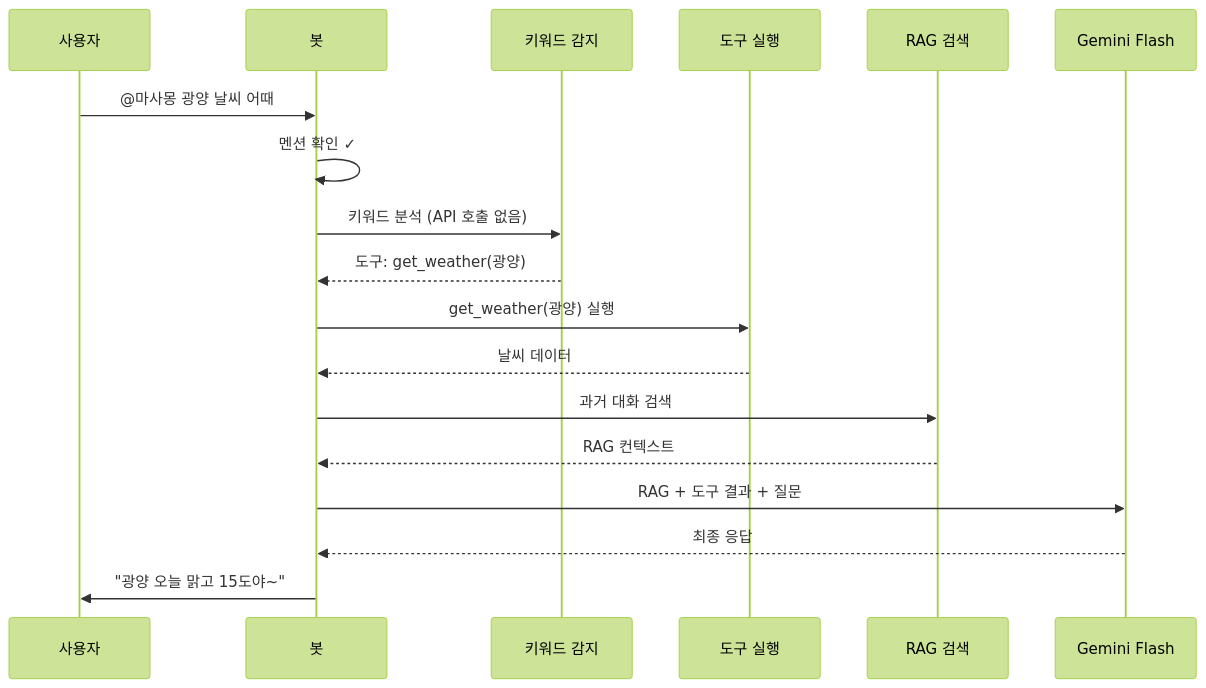
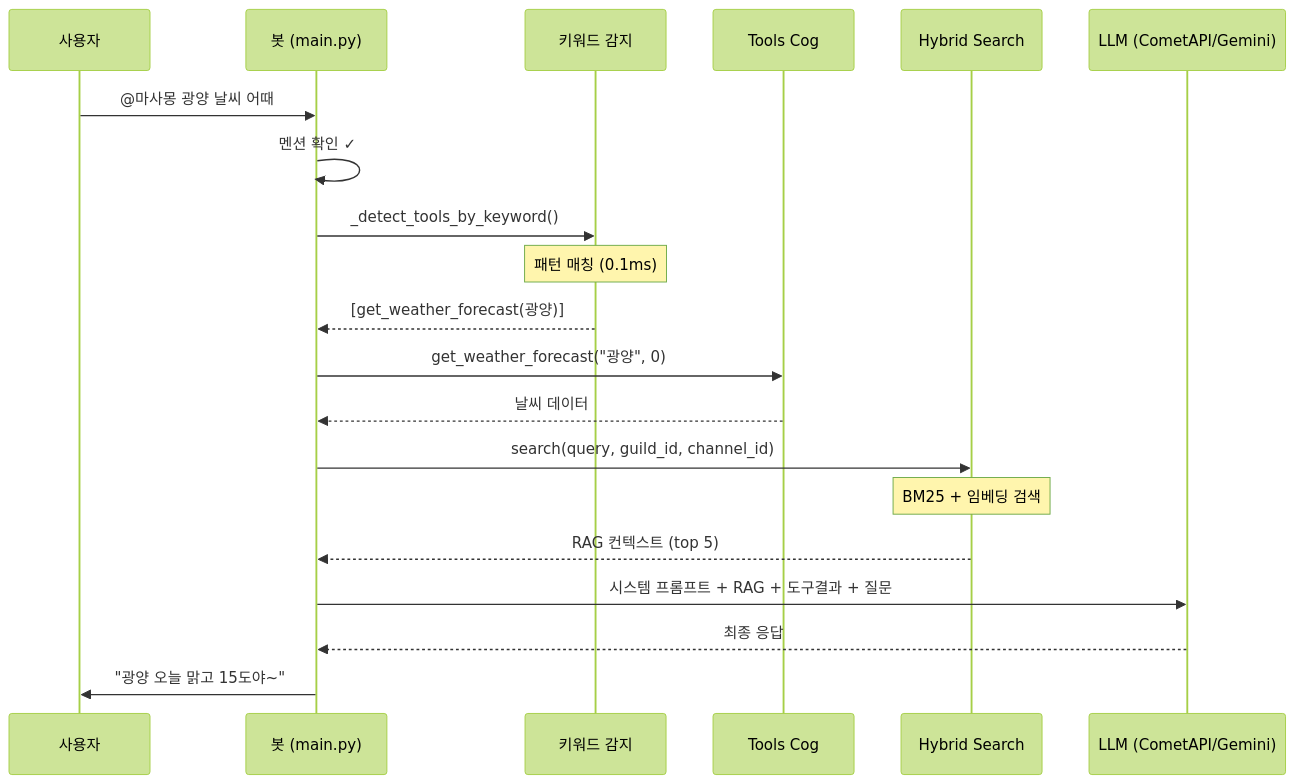
One commit to kim0040/masamong changed the second of 5 diagrams in README.md. Above: the diagram before and after it, drawn with Mermaid (forest theme). The commit also changed other lines of this file, not shown here.

First line of the commit message:
docs: README 문서 전면 개편 - CometAPI, BM25 하이브리드 검색, E5 임베딩 상세 설명 추가

````diff
--- a/README.md
+++ b/README.md
@@ -98,21 +94,26 @@
 ```mermaid
 sequenceDiagram
     participant U as 사용자
-    participant B as 봇
+    participant B as 봇 (main.py)
     participant K as 키워드 감지
-    participant T as 도구 실행
-    participant R as RAG 검색
-    participant M as Gemini Flash
+    participant T as Tools Cog
+    participant H as Hybrid Search
+    participant L as LLM (CometAPI/Gemini)
     
     U->>B: @마사몽 광양 날씨 어때
     B->>B: 멘션 확인 ✓
-    B->>K: 키워드 분석 (API 호출 없음)
-    K-->>B: 도구: get_weather(광양)
-    B->>T: get_weather(광양) 실행
+    B->>K: _detect_tools_by_keyword()
+    Note over K: 패턴 매칭 (0.1ms)
+    K-->>B: [get_weather_forecast(광양)]
+    
+    B->>T: get_weather_forecast("광양", 0)
     T-->>B: 날씨 데이터
-    B->>R: 과거 대화 검색
-    R-->>B: RAG 컨텍스트
-    B->>M: RAG + 도구 결과 + 질문
-    M-->>B: 최종 응답
+    
+    B->>H: search(query, guild_id, channel_id)
+    Note over H: BM25 + 임베딩 검색
+    H-->>B: RAG 컨텍스트 (top 5)
+    
+    B->>L: 시스템 프롬프트 + RAG + 도구결과 + 질문
+    L-->>B: 최종 응답
     B->>U: "광양 오늘 맑고 15도야~"
 ```
````
